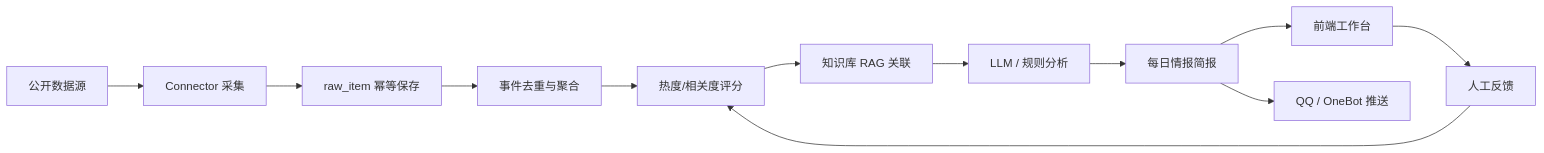
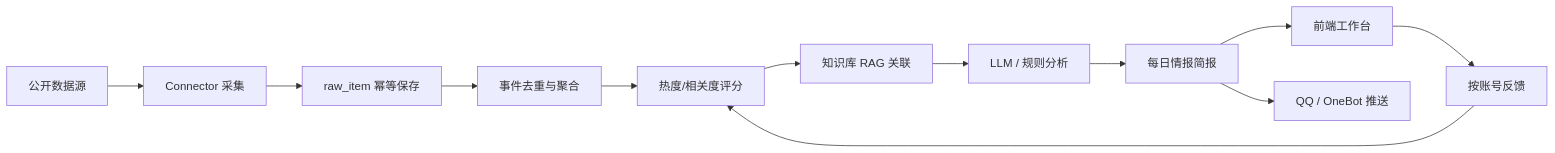
The first of 2 diagrams in docs/ARCHITECTURE.md (xvyy-star/hotspot-catcher-agent), drawn with Mermaid before and after one commit. The commit also changed other lines of this file and 30 other files, not shown here.

````diff
--- a/docs/ARCHITECTURE.md
+++ b/docs/ARCHITECTURE.md
@@ -5,14 +7,14 @@
 ```mermaid
 flowchart LR
   A["公开数据源"] --> B["Connector 采集"]
   B --> C["raw_item 幂等保存"]
   C --> D["事件去重与聚合"]
   D --> E["热度/相关度评分"]
   E --> F["知识库 RAG 关联"]
   F --> G["LLM / 规则分析"]
   G --> H["每日情报简报"]
   H --> I["前端工作台"]
   H --> J["QQ / OneBot 推送"]
-  I --> K["人工反馈"]
+  I --> K["按账号反馈"]
   K --> E
 ```
````
